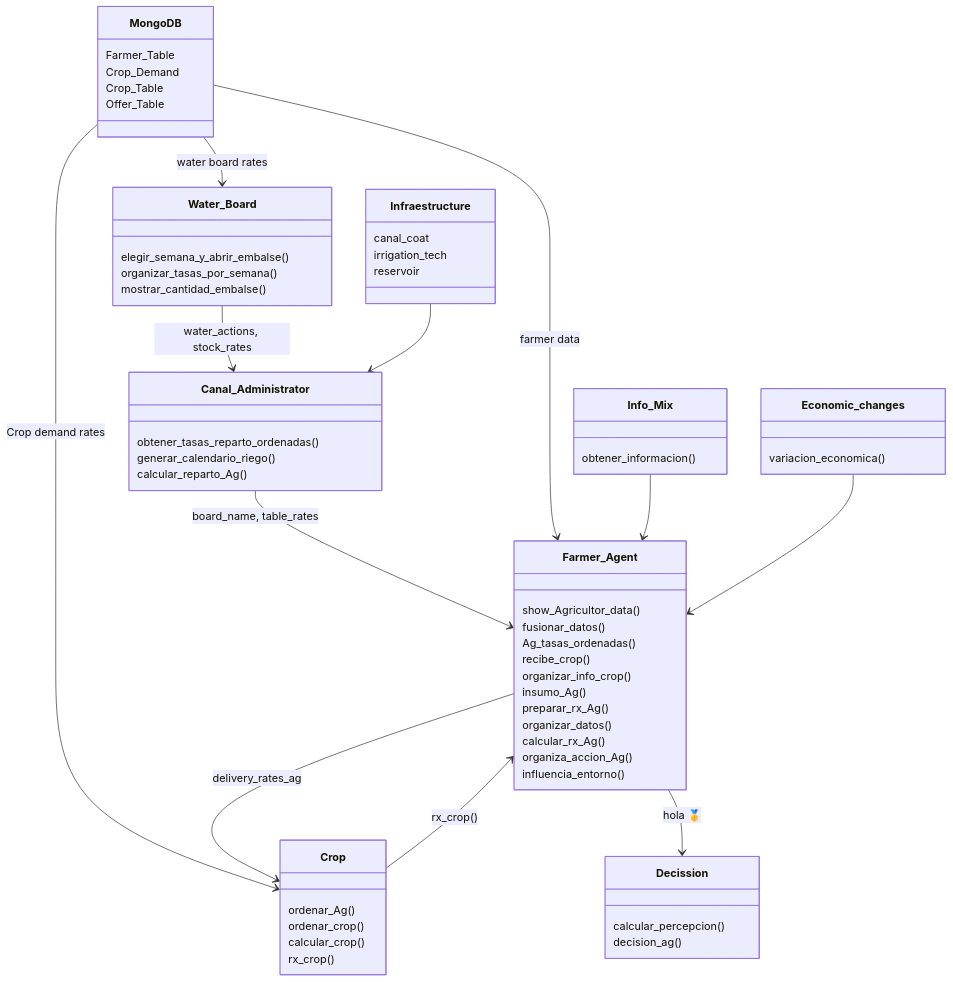
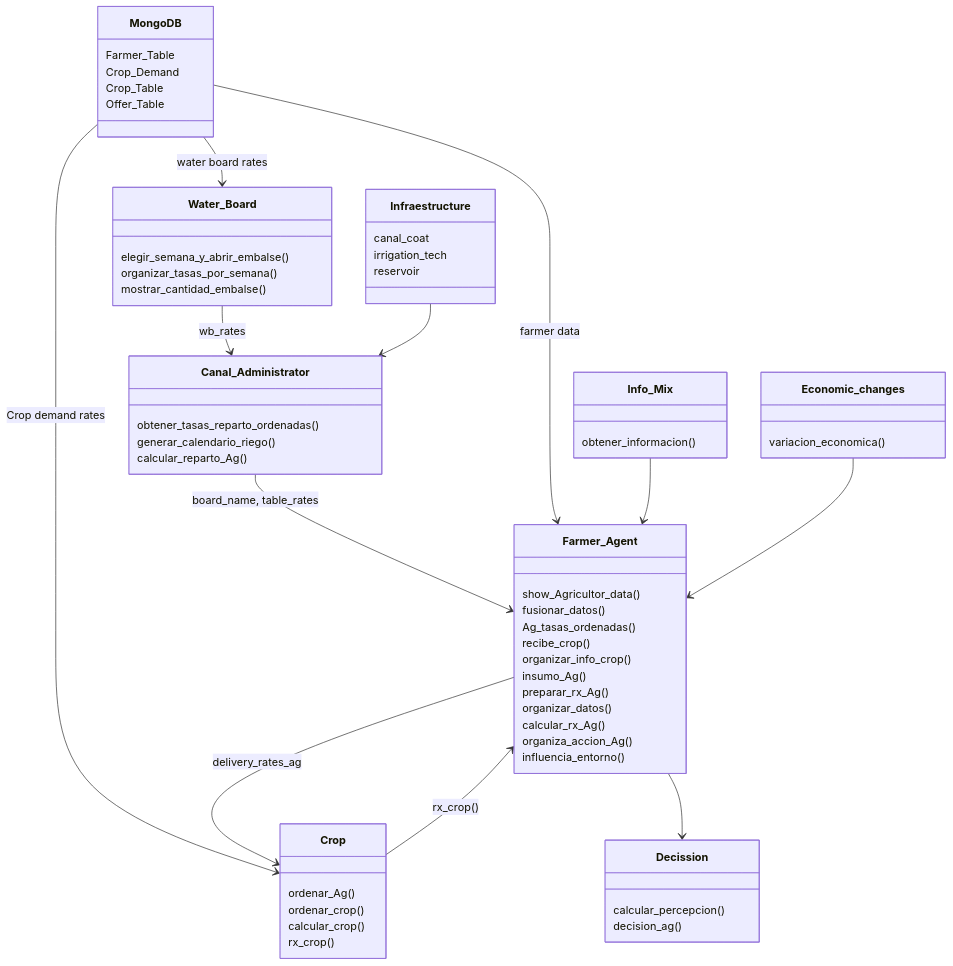
Before and after one commit to Pablov81/Agrotopia: the diagram in README.md, drawn with Mermaid.

````diff
--- a/README.md
+++ b/README.md
@@ -47,73 +47,73 @@
 ```mermaid
 classDiagram
     class MongoDB {
         Farmer_Table
         Crop_Demand
         Crop_Table
         Offer_Table
     }
 
     class Water_Board {
         elegir_semana_y_abrir_embalse()
         organizar_tasas_por_semana()
         mostrar_cantidad_embalse()
     }
 
     class Canal_Administrator{
         obtener_tasas_reparto_ordenadas()
         generar_calendario_riego()
         calcular_reparto_Ag()
     }
 
     class Farmer_Agent {
         show_Agricultor_data()
         fusionar_datos()
         Ag_tasas_ordenadas()
         recibe_crop()
         organizar_info_crop()
         insumo_Ag()
         preparar_rx_Ag()
         organizar_datos()
         calcular_rx_Ag()
         organiza_accion_Ag()
         influencia_entorno()
     }
 
     class Crop {
         ordenar_Ag()
         ordenar_crop()
         calcular_crop()
         rx_crop()
     }
 
     class Decission {
         calcular_percepcion()
         decision_ag()
     }
 
     class Info_Mix {
         obtener_informacion()
     }
 
     class Infraestructure {
         canal_coat
         irrigation_tech
         reservoir
     }
 
     class Economic_changes {
         variacion_economica()
     }
 
-    Water_Board --> Canal_Administrator: water_actions, stock_rates
+    Water_Board --> Canal_Administrator: wb_rates
     Canal_Administrator --> Farmer_Agent: board_name, table_rates
     MongoDB --> Water_Board: water board rates
     MongoDB --> Farmer_Agent: farmer data
     MongoDB --> Crop: Crop demand rates
     Farmer_Agent --> Crop: delivery_rates_ag
-    Farmer_Agent --> Decission:hola 🥇
+    Farmer_Agent --> Decission
     Info_Mix-->Farmer_Agent
     Economic_changes-->Farmer_Agent
     Infraestructure-->Canal_Administrator
     Crop --> Farmer_Agent:rx_crop()
 ```
````
